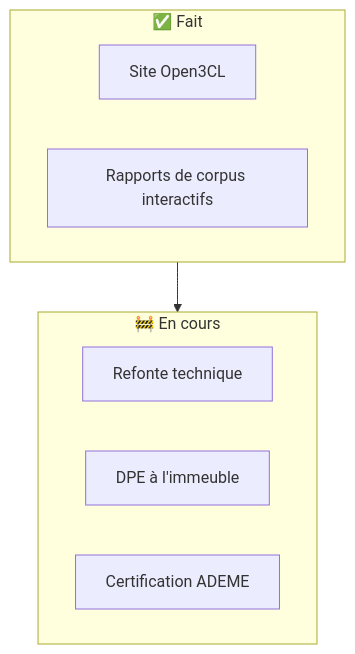
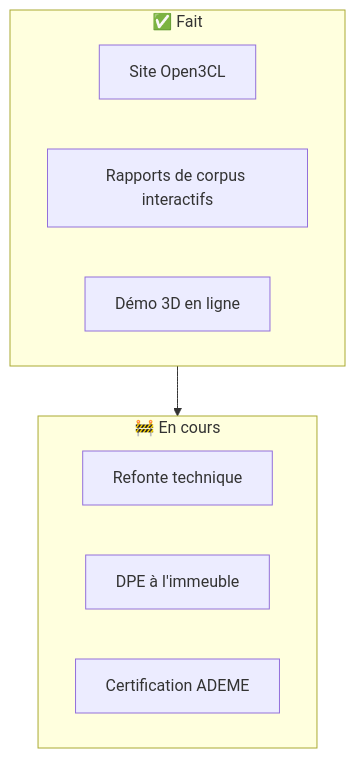
The third of 3 diagrams in README.md (Open3CL/engine), drawn with Mermaid before and after one commit. The commit also changed other lines of this file and 2 other files, not shown here.

````diff
--- a/README.md
+++ b/README.md
@@ -439,13 +446,14 @@
 ```mermaid
 flowchart TD
     subgraph fait ["✅ Fait"]
         A1["Site Open3CL"]
         A2["Rapports de corpus interactifs"]
+        A3["Démo 3D en ligne"]
     end
     subgraph cours ["🚧 En cours"]
         B1["Refonte technique"]
         B2["DPE à l'immeuble"]
         B3["Certification ADEME"]
     end
     fait --> cours
 ```
````
